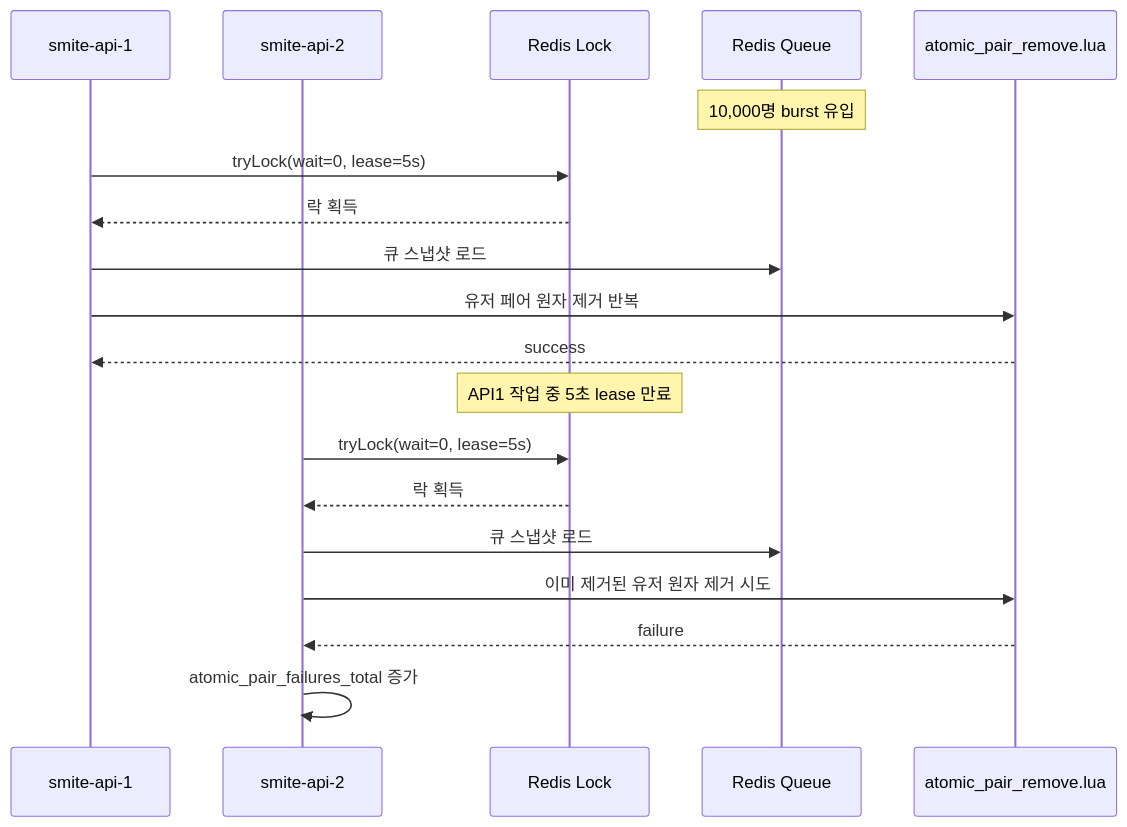
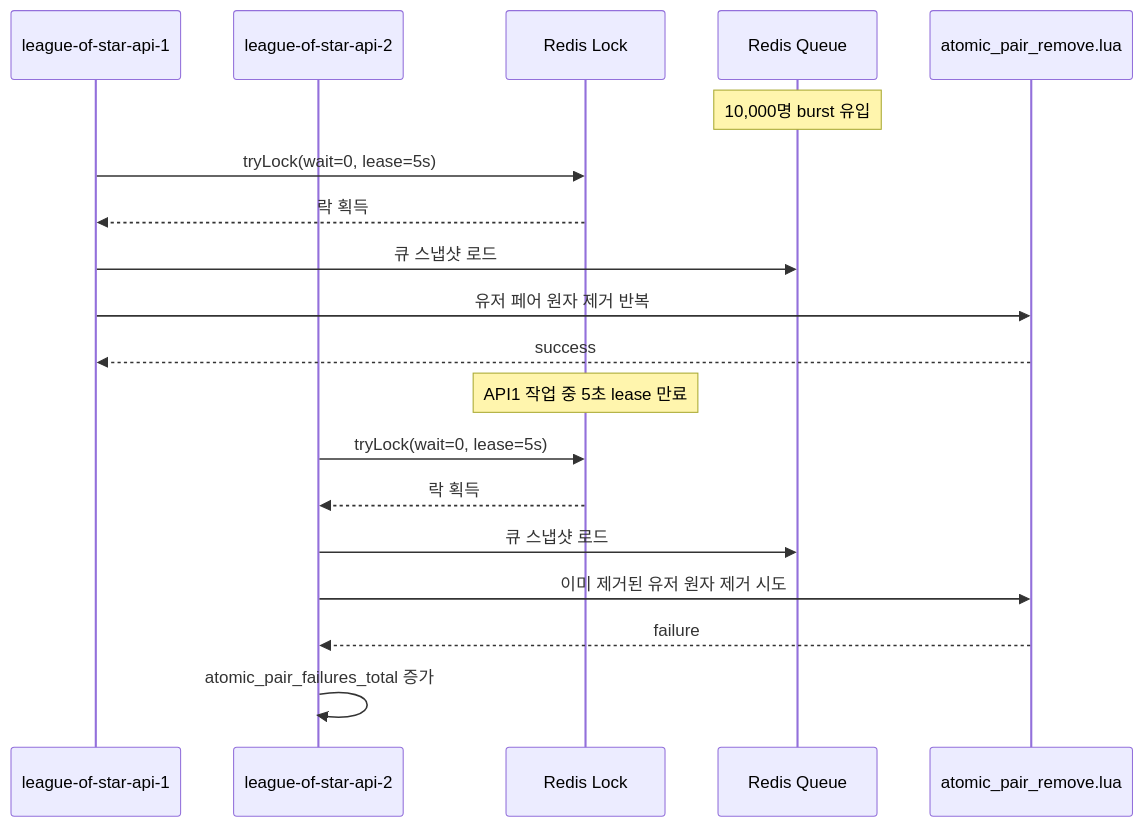
The diagram in docs/antigravity/backend/issue-26-match-engine.md (moonwhistle/League-of-Star), drawn with Mermaid before and after one commit. The commit also changed other lines of this file and 70 other files, not shown here.

Commit message:
feat: league of star 백엔드 계약 문서를 정리함

````diff
--- a/docs/antigravity/backend/issue-26-match-engine.md
+++ b/docs/antigravity/backend/issue-26-match-engine.md
@@ -202,24 +202,24 @@
 ```mermaid
 sequenceDiagram
-    participant API1 as smite-api-1
-    participant API2 as smite-api-2
+    participant API1 as league-of-star-api-1
+    participant API2 as league-of-star-api-2
     participant Lock as Redis Lock
     participant Queue as Redis Queue
     participant Lua as atomic_pair_remove.lua
 
     Note over Queue: 10,000명 burst 유입
     API1->>Lock: tryLock(wait=0, lease=5s)
     Lock-->>API1: 락 획득
     API1->>Queue: 큐 스냅샷 로드
     API1->>Lua: 유저 페어 원자 제거 반복
     Lua-->>API1: success
 
     Note over Lock: API1 작업 중 5초 lease 만료
 
     API2->>Lock: tryLock(wait=0, lease=5s)
     Lock-->>API2: 락 획득
     API2->>Queue: 큐 스냅샷 로드
     API2->>Lua: 이미 제거된 유저 원자 제거 시도
     Lua-->>API2: failure
     API2->>API2: atomic_pair_failures_total 증가
 ```
````
